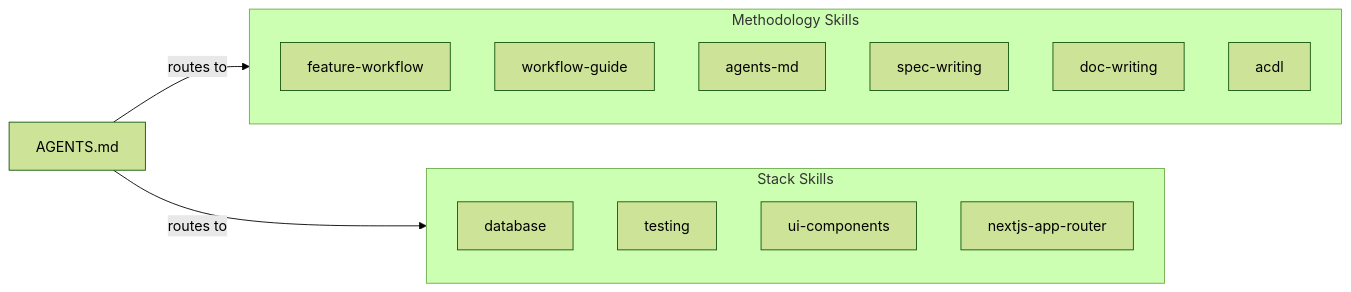
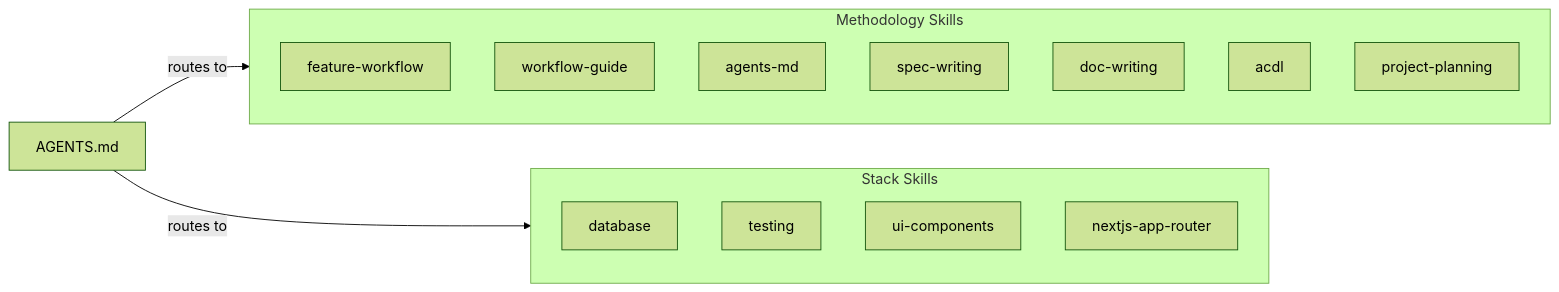
Before and after one commit to SergiuSavva/ai-context-docs-lifecycle: the first of 2 diagrams in content/guides/skills-catalog.md, drawn with Mermaid (forest theme). The commit also changed other lines of this file and 54 other files, not shown here.

````diff
--- a/content/guides/skills-catalog.md
+++ b/content/guides/skills-catalog.md
@@ -9,21 +9,22 @@
 ```mermaid
 flowchart LR
     subgraph methodology [Methodology Skills]
         FW["feature-workflow"]
         WG["workflow-guide"]
         AM["agents-md"]
         SW["spec-writing"]
         DW["doc-writing"]
         AC["acdl"]
+        PP["project-planning"]
     end
 
     subgraph stack [Stack Skills]
         DB["database"]
         TS["testing"]
         UI["ui-components"]
         NX["nextjs-app-router"]
     end
 
     AGENTS["AGENTS.md"] -->|"routes to"| methodology
     AGENTS -->|"routes to"| stack
 ```
````
